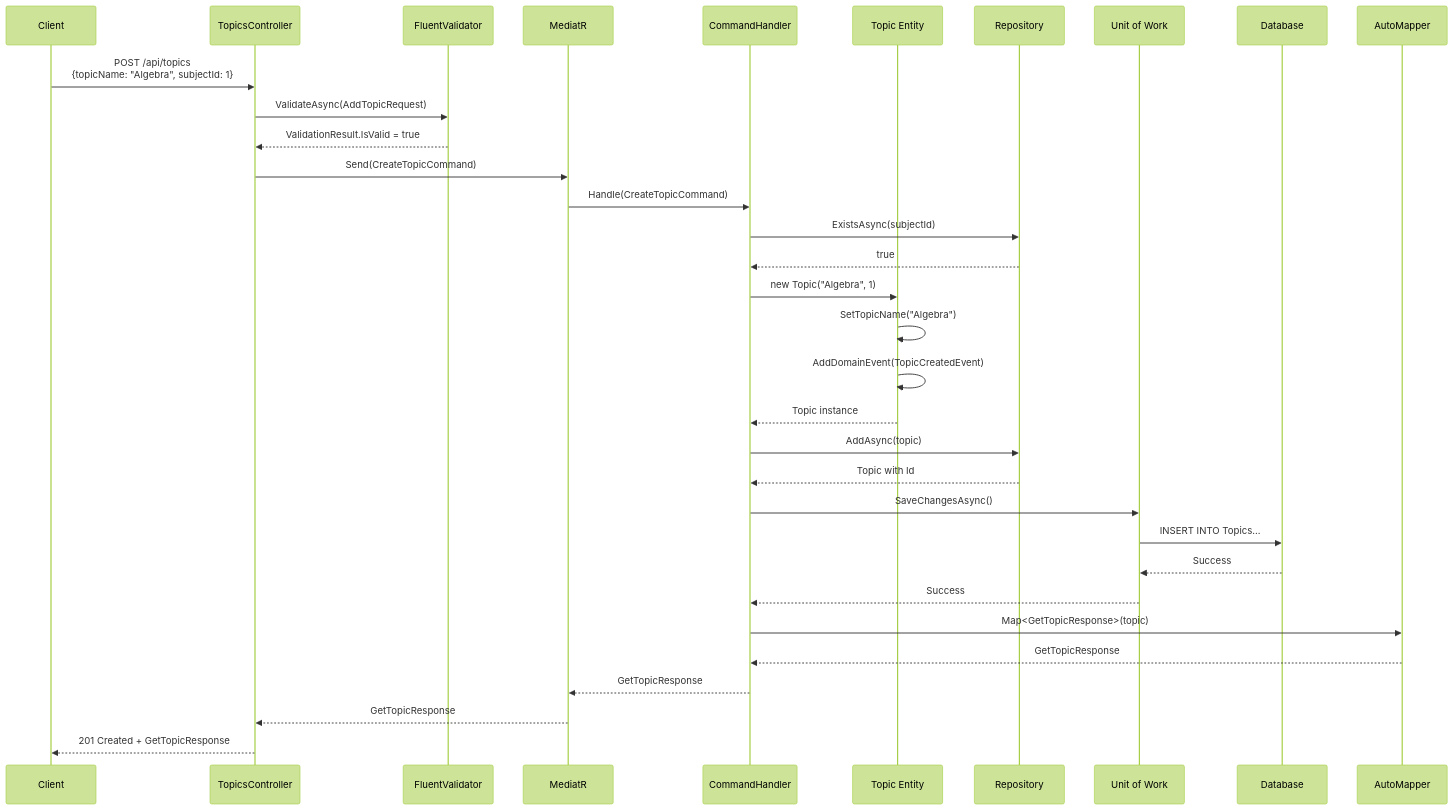
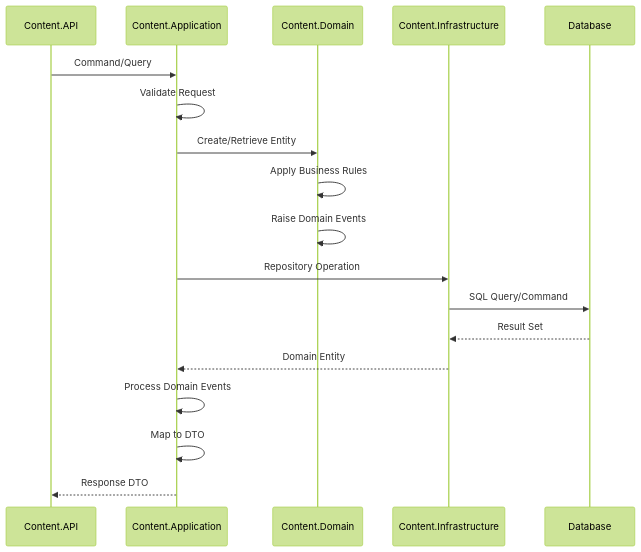
Diagram 11 of 13 in docs/low-level-design.md (nirmand/Wisgenix-AI), drawn with Mermaid (forest theme) before and after one commit. The commit also changed other lines of this file and 3 other files, not shown here.

````diff
--- a/docs/low-level-design.md
+++ b/docs/low-level-design.md
@@ -196,44 +396,21 @@
 ```mermaid
 sequenceDiagram
-    participant Client
-    participant API as TopicsController
-    participant Val as FluentValidator
-    participant Med as MediatR
-    participant Han as CommandHandler
-    participant Dom as Topic Entity
-    participant Repo as Repository
-    participant UoW as Unit of Work
+    participant API as Content.API
+    participant App as Content.Application
+    participant Dom as Content.Domain
+    participant Infra as Content.Infrastructure
     participant DB as Database
-    participant Map as AutoMapper
     
-    Client->>API: POST /api/topics<br/>{topicName: "Algebra", subjectId: 1}
-    
-    API->>Val: ValidateAsync(AddTopicRequest)
-    Val-->>API: ValidationResult.IsValid = true
-    
-    API->>Med: Send(CreateTopicCommand)
-    Med->>Han: Handle(CreateTopicCommand)
-    
-    Han->>Repo: ExistsAsync(subjectId)
-    Repo-->>Han: true
-    
-    Han->>Dom: new Topic("Algebra", 1)
-    Dom->>Dom: SetTopicName("Algebra")
-    Dom->>Dom: AddDomainEvent(TopicCreatedEvent)
-    Dom-->>Han: Topic instance
-    
-    Han->>Repo: AddAsync(topic)
-    Repo-->>Han: Topic with Id
-    
-    Han->>UoW: SaveChangesAsync()
-    UoW->>DB: INSERT INTO Topics...
-    DB-->>UoW: Success
-    UoW-->>Han: Success
-    
-    Han->>Map: Map<GetTopicResponse>(topic)
-    Map-->>Han: GetTopicResponse
-    
-    Han-->>Med: GetTopicResponse
-    Med-->>API: GetTopicResponse
-    API-->>Client: 201 Created + GetTopicResponse
+    API->>App: Command/Query
+    App->>App: Validate Request
+    App->>Dom: Create/Retrieve Entity
+    Dom->>Dom: Apply Business Rules
+    Dom->>Dom: Raise Domain Events
+    App->>Infra: Repository Operation
+    Infra->>DB: SQL Query/Command
+    DB-->>Infra: Result Set
+    Infra-->>App: Domain Entity
+    App->>App: Process Domain Events
+    App->>App: Map to DTO
+    App-->>API: Response DTO
 ```
````
